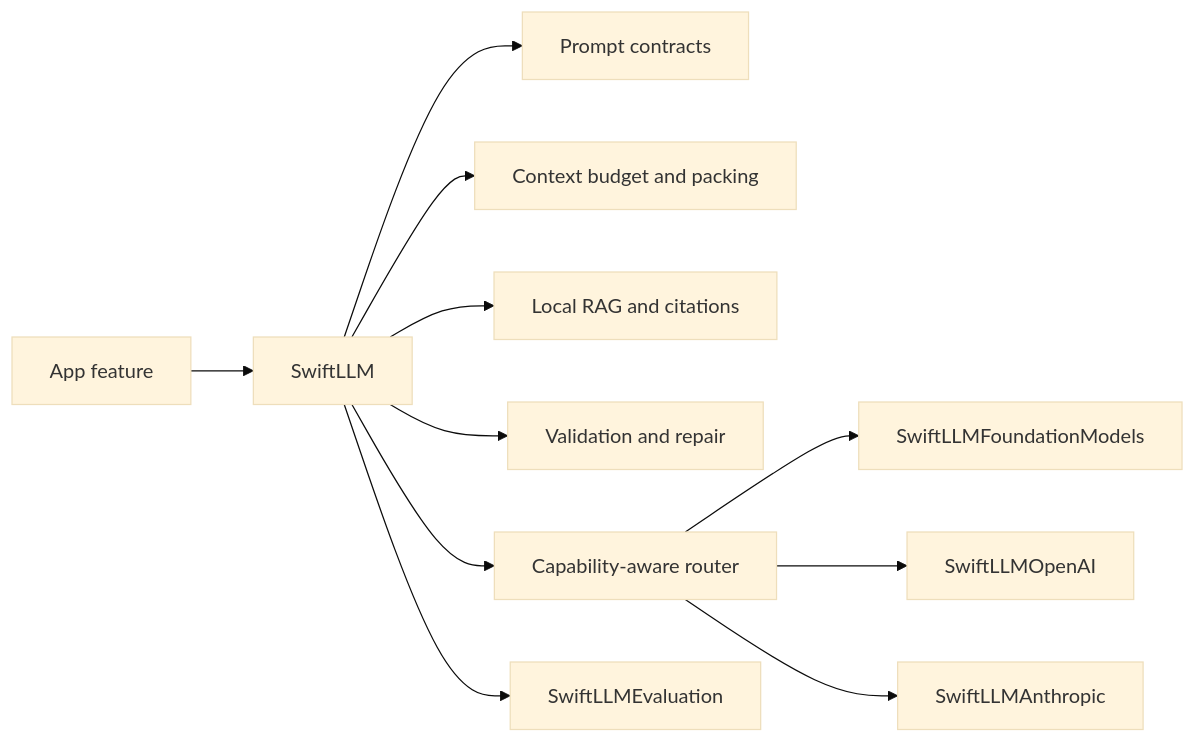
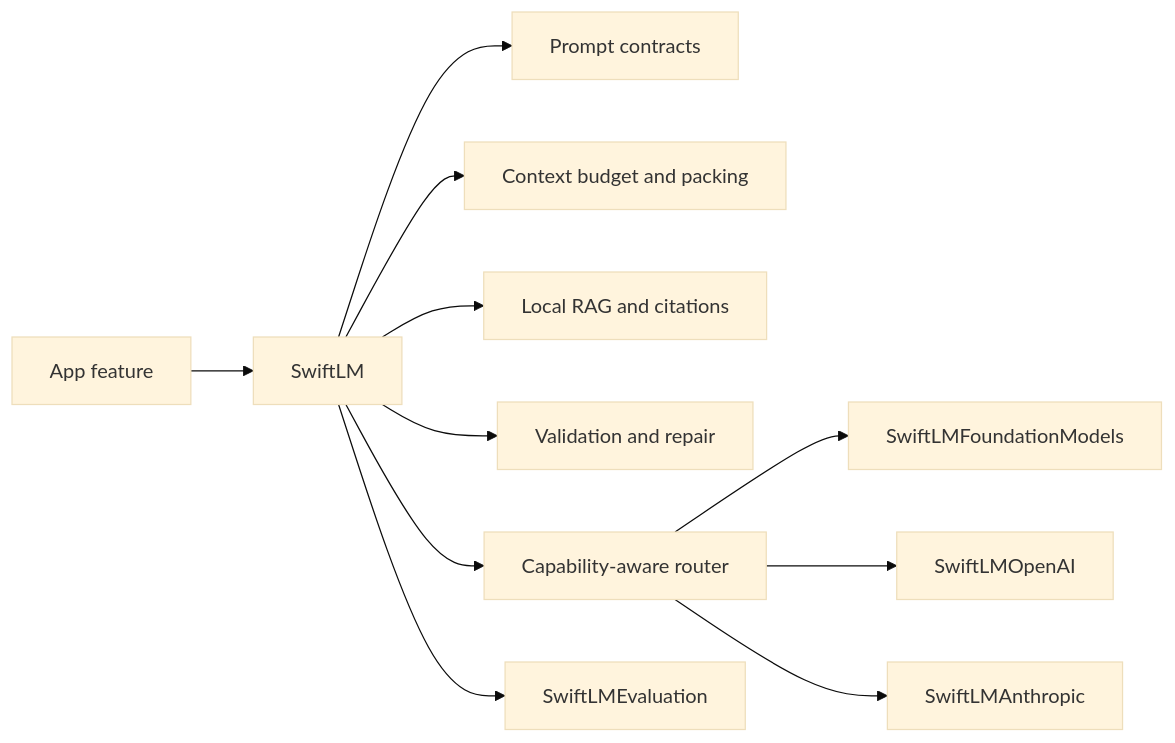
The first of 3 diagrams in README.md (kylebegeman/swift-lm), drawn with Mermaid (base theme) before and after one commit. The commit also changed other lines of this file and 201 other files, not shown here.

````diff
--- a/README.md
+++ b/README.md
@@ -37,13 +37,13 @@
 ```mermaid
 flowchart LR
-  App["App feature"] --> Core["SwiftLLM"]
+  App["App feature"] --> Core["SwiftLM"]
   Core --> Prompt["Prompt contracts"]
   Core --> Context["Context budget and packing"]
   Core --> RAG["Local RAG and citations"]
   Core --> Validation["Validation and repair"]
   Core --> Router["Capability-aware router"]
-  Router --> FM["SwiftLLMFoundationModels"]
-  Router --> OpenAI["SwiftLLMOpenAI"]
-  Router --> Anthropic["SwiftLLMAnthropic"]
-  Core --> Eval["SwiftLLMEvaluation"]
+  Router --> FM["SwiftLMFoundationModels"]
+  Router --> OpenAI["SwiftLMOpenAI"]
+  Router --> Anthropic["SwiftLMAnthropic"]
+  Core --> Eval["SwiftLMEvaluation"]
 ```
````
